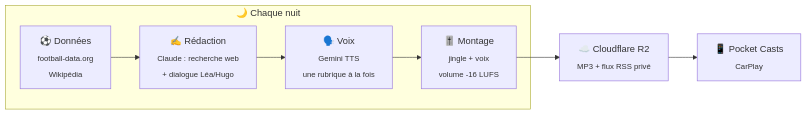
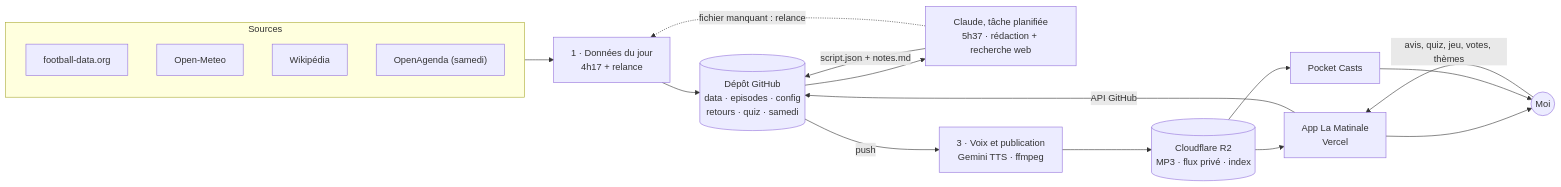
The diagram in README.md (gchariot/morning-podcast), drawn with Mermaid before and after one commit. The commit also changed other lines of this file and 1 other file, not shown here.

First line of the commit message:
README à jour : grille de la semaine, app, filets de sécurité, coûts, secrets

````diff
--- a/README.md
+++ b/README.md
@@ -35,10 +45,26 @@
 ```mermaid
 flowchart LR
-    subgraph nuit["🌙 Chaque nuit"]
-        A["⚽ Données<br/><sub>football-data.org<br/>Wikipédia</sub>"] --> B["✍️ Rédaction<br/><sub>Claude : recherche web<br/>+ dialogue Léa/Hugo</sub>"]
-        B --> C["🗣️ Voix<br/><sub>Gemini TTS<br/>une rubrique à la fois</sub>"]
-        C --> D["🎚️ Montage<br/><sub>jingle + voix<br/>volume -16 LUFS</sub>"]
-    end
-    D --> E["☁️ Cloudflare R2<br/><sub>MP3 + flux RSS privé</sub>"]
-    E --> F["📱 Pocket Casts<br/><sub>CarPlay</sub>"]
+  subgraph SRC["Sources"]
+    FD["football-data.org"]
+    OM["Open-Meteo"]
+    WK["Wikipédia"]
+    OA["OpenAgenda (samedi)"]
+  end
+  D1["1 · Données du jour<br/>4h17 + relance"]
+  REPO[("Dépôt GitHub<br/>data · episodes · config<br/>retours · quiz · samedi")]
+  CL["Claude, tâche planifiée<br/>5h37 · rédaction + recherche web"]
+  V3["3 · Voix et publication<br/>Gemini TTS · ffmpeg"]
+  R2[("Cloudflare R2<br/>MP3 · flux privé · index")]
+  APP["App La Matinale<br/>Vercel"]
+  PC["Pocket Casts"]
+  ME(("Moi"))
+
+  SRC --> D1 --> REPO --> CL
+  CL -- "script.json + notes.md" --> REPO
+  CL -. "fichier manquant : relance" .-> D1
+  REPO -- "push" --> V3 --> R2
+  R2 --> APP --> ME
+  R2 --> PC --> ME
+  ME -- "avis, quiz, jeu, votes, thèmes" --> APP
+  APP -- "API GitHub" --> REPO
 ```
````
